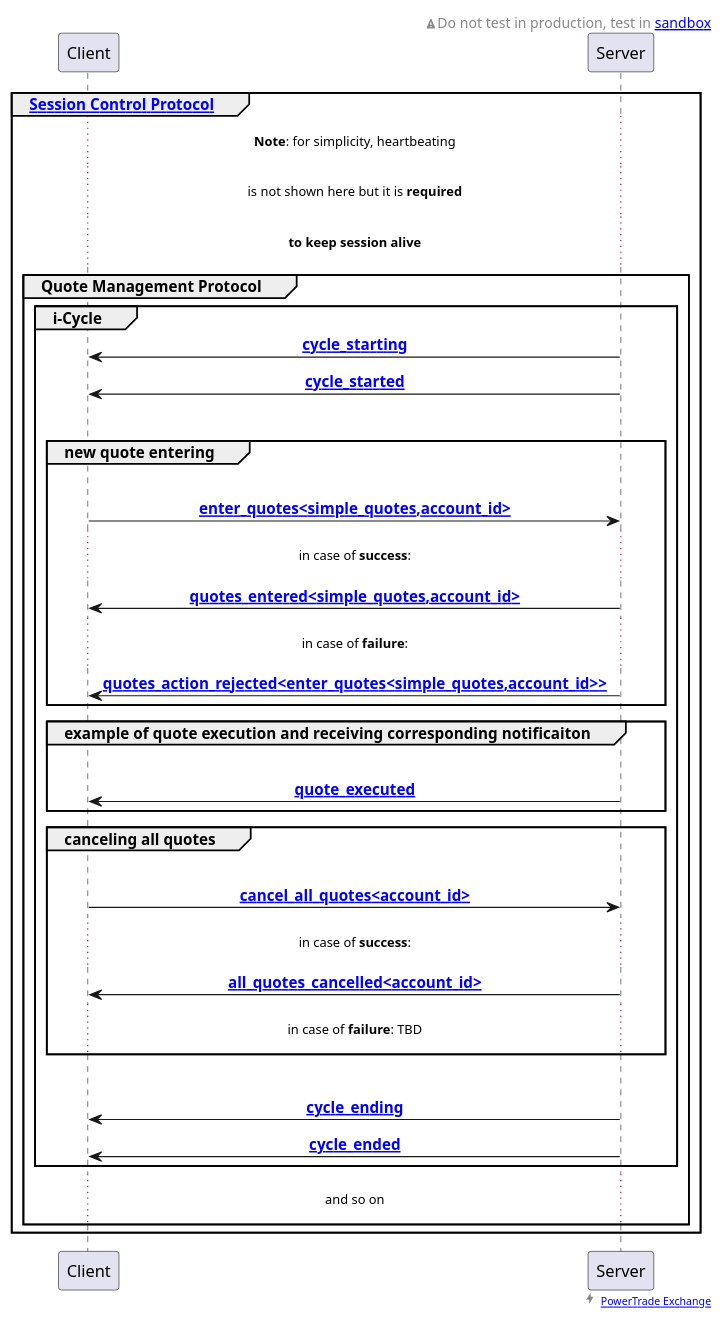
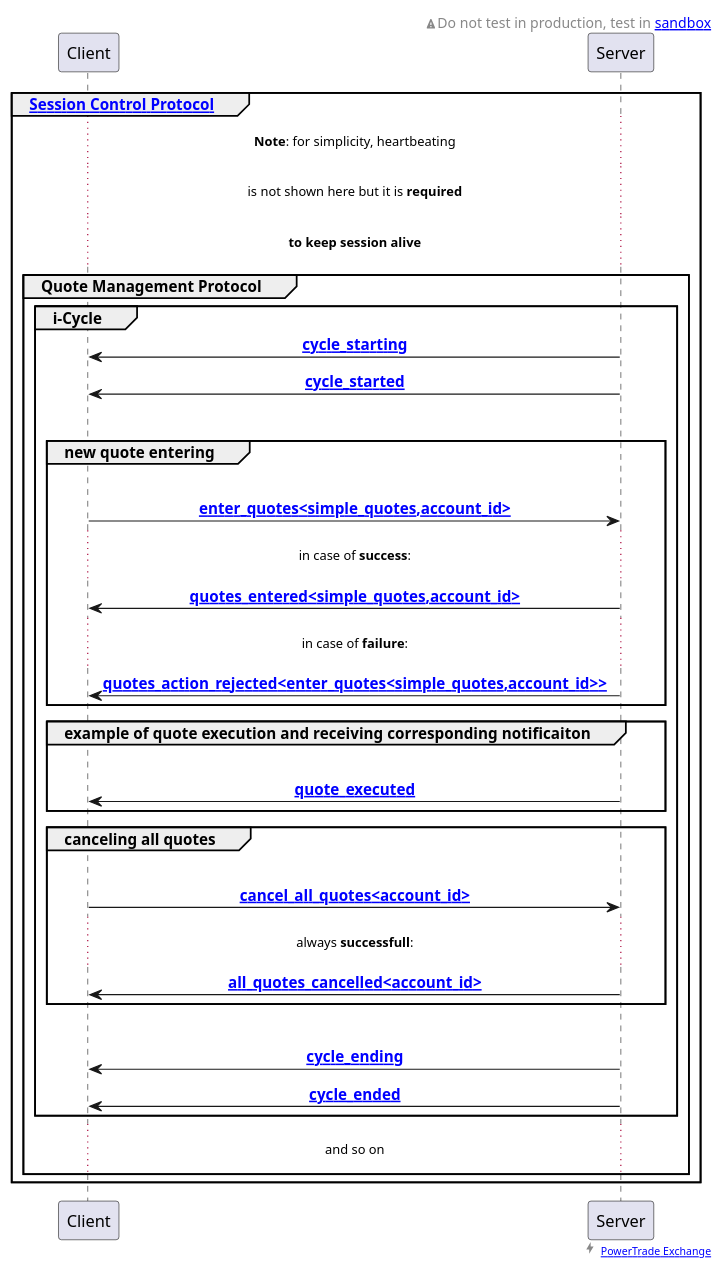
Before and after one commit to Power-Trade/api-docs: the diagram in protocols/puml/quote_management_protocol.puml, drawn with PlantUML. The commit also changed 3 other files, not shown here.

Commit message:
correct Quote Management Protocl diagram according to ChrisK' clarification

```diff
--- a/protocols/puml/quote_management_protocol.puml
+++ b/protocols/puml/quote_management_protocol.puml
@@ -1,69 +1,68 @@
 @startuml quote_management_protocol
 
 ' to support time duration and delays:
 '!pragma teoz true
 
 'skinparam handwritten true
 'skinparam shadowing false
 
 'skinparam monochrome true
 skinparam sequenceMessageAlign center
 
 'skinparam title {
 '    BorderRoundCorner 5
 '    BorderThickness 1
 '    BorderColor black
 '    BackgroundColor WhiteSmoke
 '}
 
     '<font color=black>Warning:</font>
 right header
     <size:12><&warning>Do not test in production, test in [[#WS_API_Services_Sandbox sandbox]]</size>
 endheader
 
 right footer <size:15><&bolt></size> <size:9>[[https://power.trade PowerTrade Exchange]]</size>
 
 'entity Client
 'entity Server
 
 group <b>[[#session_control_with_auth Session Control Protocol]]</b>
 
     ... <b>Note</b>: for simplicity, heartbeating ...
     ... is not shown here but it is <b>required</b> ...
     ... <b>to keep session alive</b> ...
 
     group <b>Quote Management Protocol</b>
         group i-Cycle
             Client <- Server : <b>[[#cycle_starting cycle_starting]]</b>
             Client <- Server : <b>[[#cycle_started cycle_started]]</b>
             |||
             group new quote entering
                 |||
                 Client -> Server : <b>[[#enter_quotes_ltsimple_quotes_commaaccount_id_gt enter_quotes<simple_quotes,account_id>]]</b>
                 ... in case of <b>success</b>: ...
                 Client <- Server : <b>[[#quotes_entered_ltsimple_quotes_commaaccount_id_gt quotes_entered<simple_quotes,account_id>]]</b>
                 ... in case of <b>failure</b>: ...
                 Client <- Server : <b>[[#quotes_action_rejected_ltenter_quotes_ltsimple_quotes_commaaccount_id_gt_gt quotes_action_rejected<enter_quotes<simple_quotes,account_id>>]]</b>
             end
 
             group example of quote execution and receiving corresponding notificaiton
                 |||
                 Client <- Server : <b>[[#quote_executed quote_executed]]</b>
             end
 
             group canceling all quotes
                 |||
                 Client -> Server : <b>[[#cancel_all_quotes_ltaccount_id_gt cancel_all_quotes<account_id>]]</b>
-                ... in case of <b>success</b>: ...
+                ... always <b>successfull</b>: ...
                 Client <- Server : <b>[[#all_quotes_cancelled_ltaccount_id_gt all_quotes_cancelled<account_id>]]</b>
-                ... in case of <b>failure</b>: TBD ...
             end
             |||
             Client <- Server : <b>[[#cycle_ending cycle_ending]]</b>
             Client <- Server : <b>[[#cycle_ended cycle_ended]]</b>
         end
         ... and so on ...
     end
 end
 
 @enduml
```
